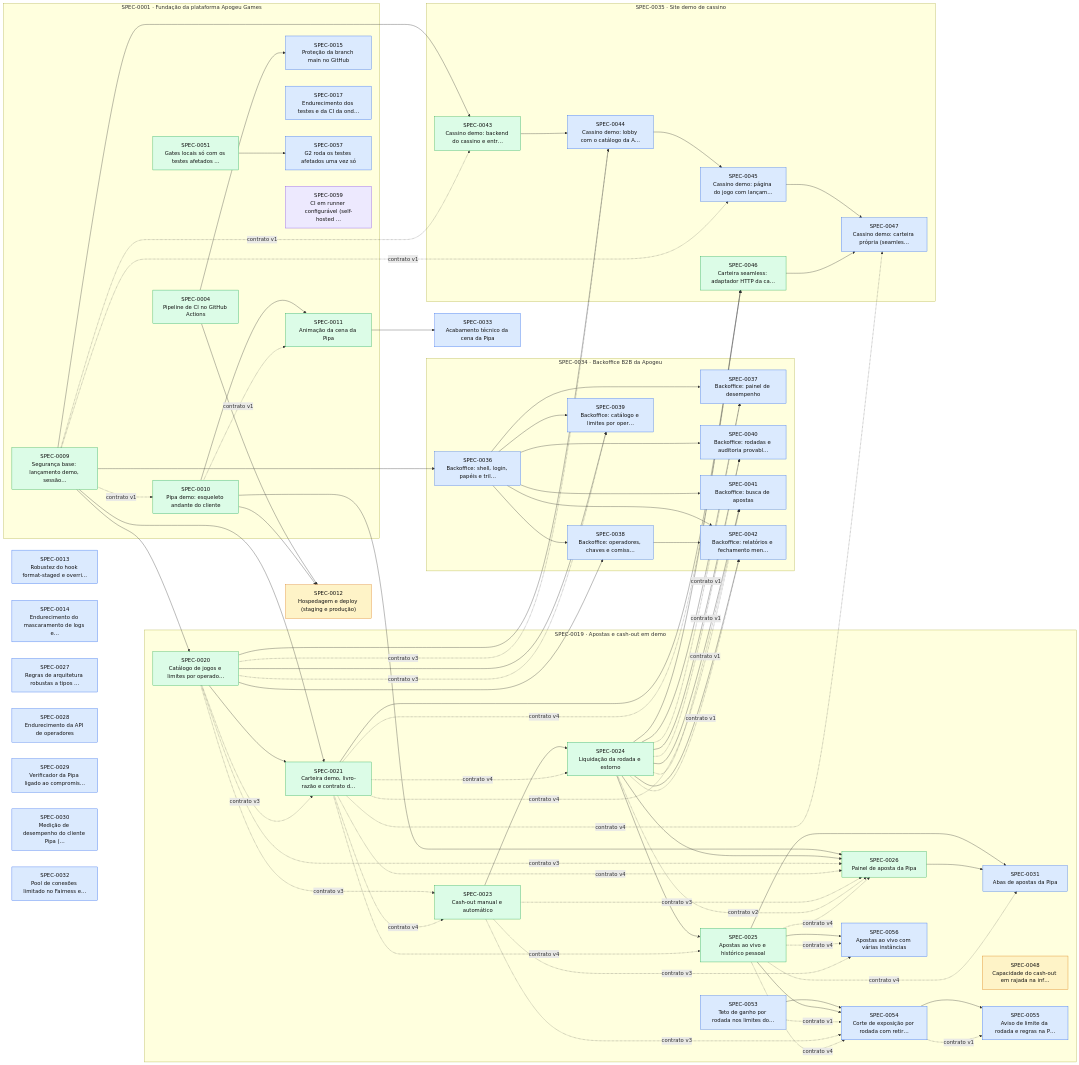
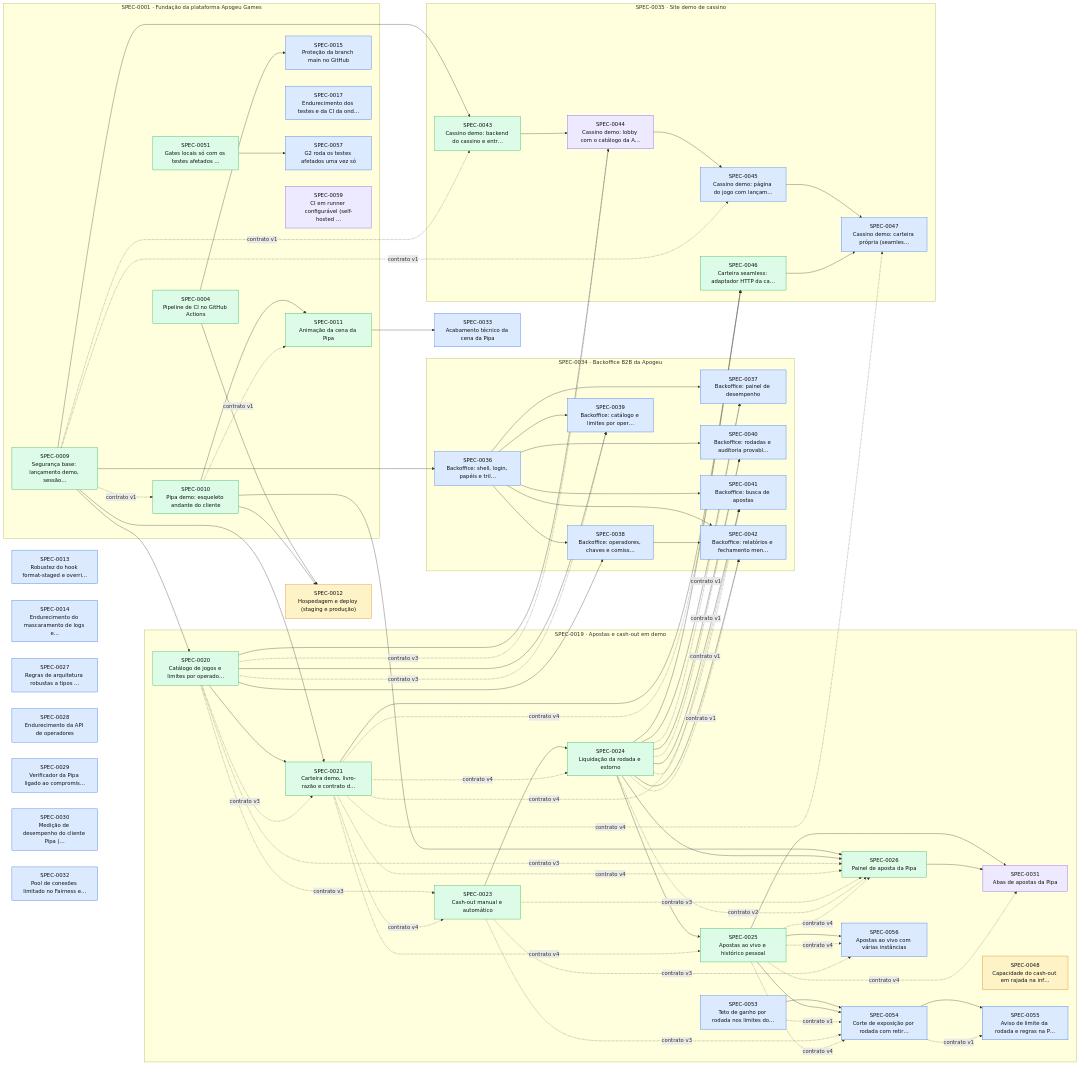
Before and after one commit to thomasravache/crash-games-provider: the diagram in docs/specs/INDEX.md, drawn with Mermaid. The commit also changed other lines of this file and 2 other files, not shown here.

First line of the commit message:
docs(sdd): SPEC-0031 e SPEC-0044 em andamento (onda 2 da jornada)

```diff
--- a/docs/specs/INDEX.md
+++ b/docs/specs/INDEX.md
@@ -123,7 +123,7 @@
     S0024["SPEC-0024<br/>Liquidação da rodada e estorno"]:::implemented
     S0025["SPEC-0025<br/>Apostas ao vivo e histórico pessoal"]:::implemented
     S0026["SPEC-0026<br/>Painel de aposta da Pipa"]:::implemented
-    S0031["SPEC-0031<br/>Abas de apostas da Pipa"]:::approved
+    S0031["SPEC-0031<br/>Abas de apostas da Pipa"]:::inprogress
     S0048["SPEC-0048<br/>Capacidade do cash-out em rajada na inf…"]:::proposed
     S0053["SPEC-0053<br/>Teto de ganho por rodada nos limites do…"]:::approved
     S0054["SPEC-0054<br/>Corte de exposição por rodada com retir…"]:::approved
@@ -141,7 +141,7 @@
   end
   subgraph E0035["SPEC-0035 · Site demo de cassino"]
     S0043["SPEC-0043<br/>Cassino demo: backend do cassino e entr…"]:::implemented
-    S0044["SPEC-0044<br/>Cassino demo: lobby com o catálogo da A…"]:::approved
+    S0044["SPEC-0044<br/>Cassino demo: lobby com o catálogo da A…"]:::inprogress
     S0045["SPEC-0045<br/>Cassino demo: página do jogo com lançam…"]:::approved
     S0046["SPEC-0046<br/>Carteira seamless: adaptador HTTP da ca…"]:::implemented
     S0047["SPEC-0047<br/>Cassino demo: carteira própria (seamles…"]:::approved
```
